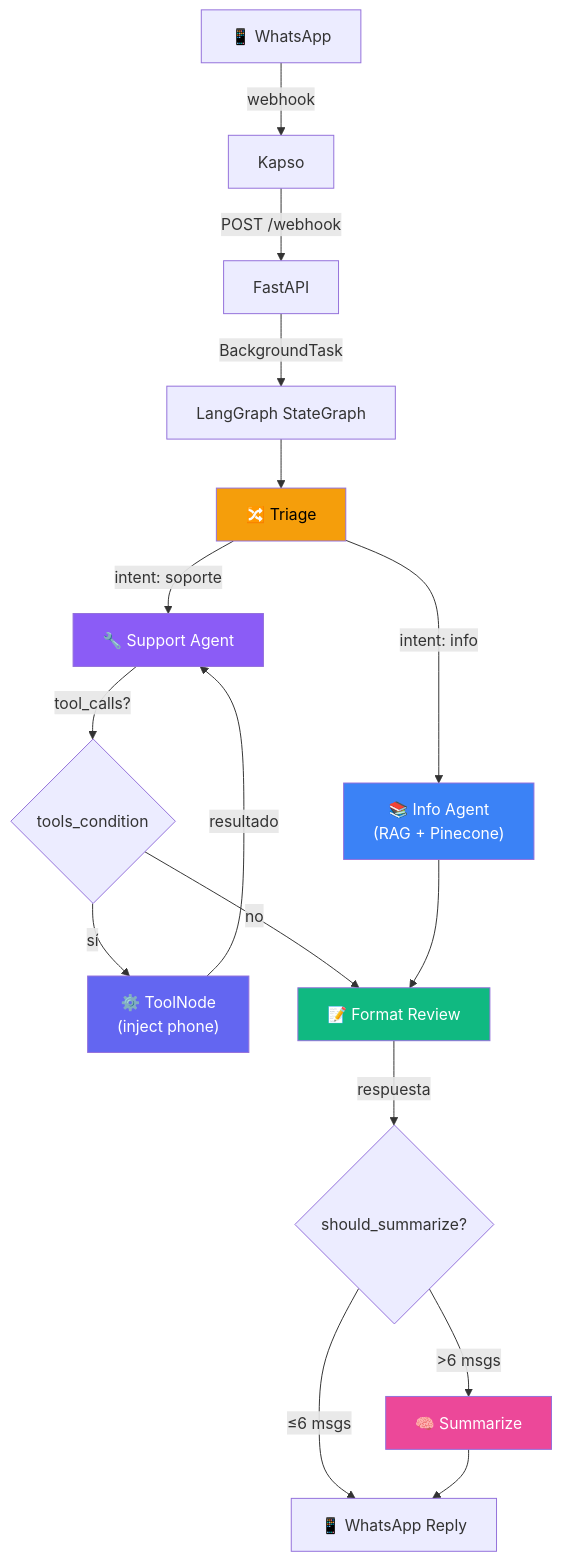
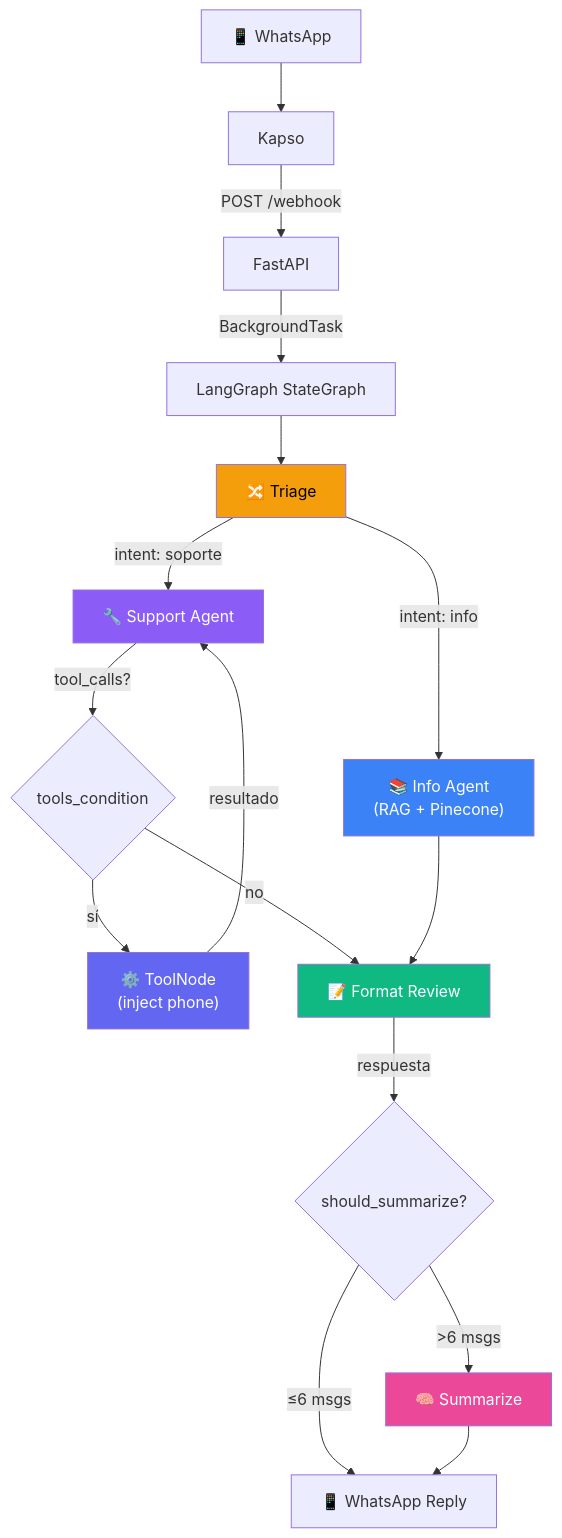
One commit to FacundoMuruchi/support-chatbot changed the diagram in README.md. Above: the diagram before and after it, drawn with Mermaid. The commit also changed 2 other files, not shown here.

Commit message:
chore: Remove pytest configuration and specific OpenRouter model from example environment, and simplify README diagram.

````diff
--- a/README.md
+++ b/README.md
@@ -7,28 +7,28 @@
 ```mermaid
 graph TD
-    WA["📱 WhatsApp"] -->|webhook| K["Kapso"]
+    WA["📱 WhatsApp"] --> K["Kapso"]
     K -->|POST /webhook| API["FastAPI"]
     API -->|BackgroundTask| G["LangGraph StateGraph"]
 
     G --> T["🔀 Triage"]
     T -->|"intent: info"| IA["📚 Info Agent<br/>(RAG + Pinecone)"]
     T -->|"intent: soporte"| SA["🔧 Support Agent"]
 
     SA -->|tool_calls?| TC{"tools_condition"}
     TC -->|sí| TOOLS["⚙️ ToolNode<br/>(inject phone)"]
     TOOLS -->|resultado| SA
     TC -->|no| FR["📝 Format Review"]
 
     IA --> FR
     FR -->|respuesta| SUM{"should_summarize?"}
     SUM -->|">6 msgs"| SC["🧠 Summarize"]
     SUM -->|"≤6 msgs"| REPLY["📱 WhatsApp Reply"]
     SC --> REPLY
 
     style T fill:#f59e0b,color:#000
     style IA fill:#3b82f6,color:#fff
     style SA fill:#8b5cf6,color:#fff
     style TOOLS fill:#6366f1,color:#fff
     style FR fill:#10b981,color:#fff
     style SC fill:#ec4899,color:#fff
 ```
````
